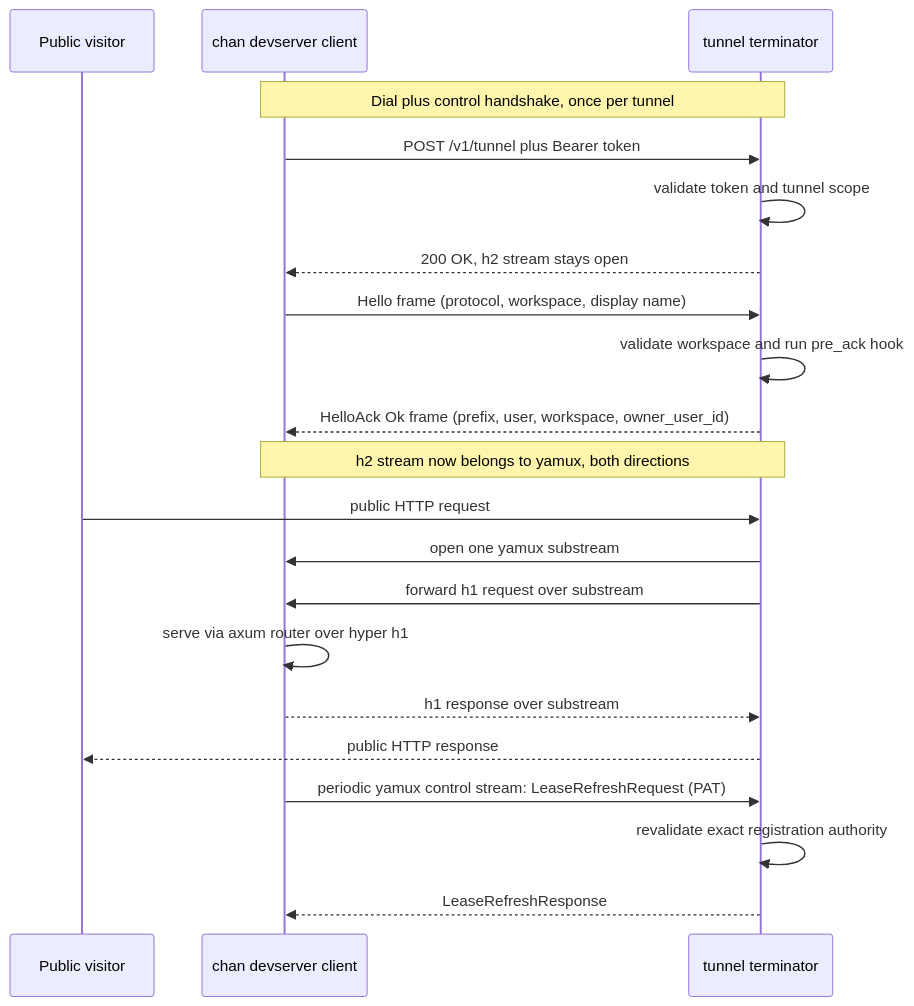
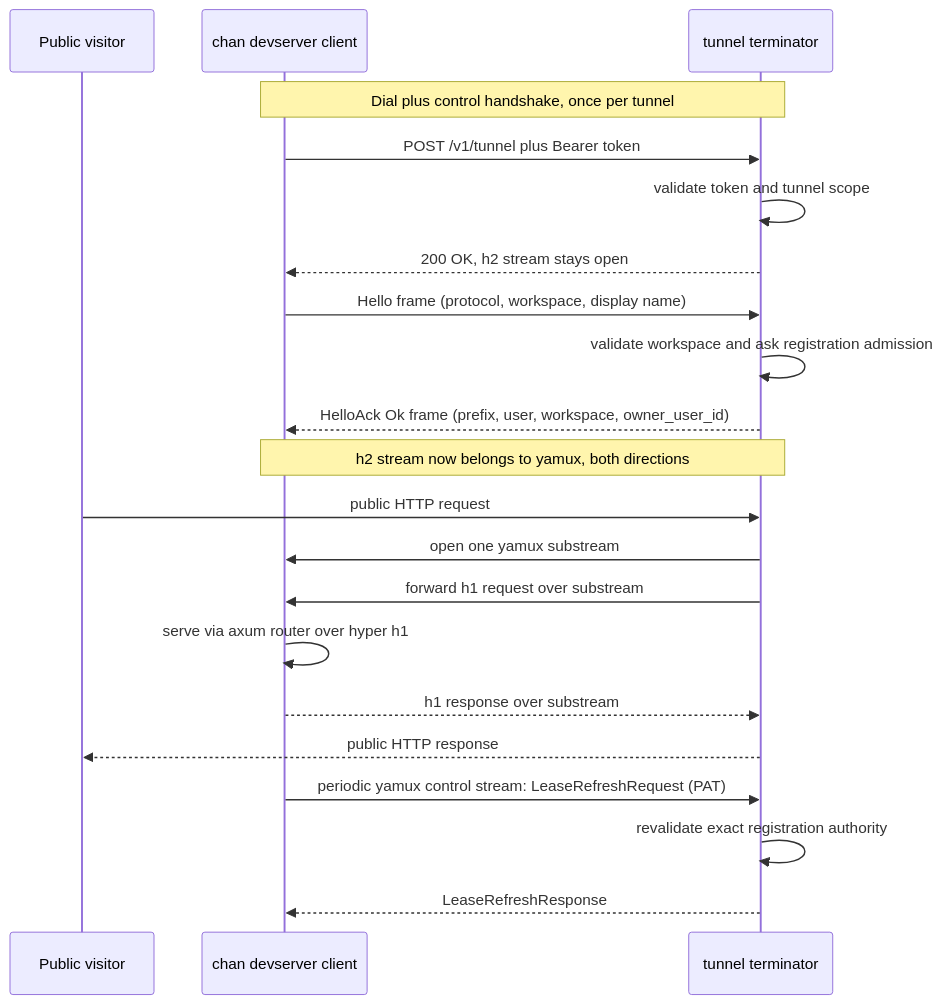
Before and after one commit to fiorix/chan: the diagram in crates/chan-tunnel-proto/design.md, drawn with Mermaid. The commit also changed 1 other file, not shown here.

Commit message:
docs(chan-tunnel-server): name the handshake failures answered in-band
The doc on handshake_validated_with_admission said everything after
the 200 is refused in-band with a HelloAck::Refused frame. Only a bad
protocol, a bad workspace name and an admission refusal write that
frame; an unsafe username, a missing or malformed Hello and a failed
ack write return a ServerError and end the stream with no frame. The
sentence now says which is which, in the crate design.md's terms.

The chan-tunnel-proto sequence diagram labelled the same step as
running a pre_ack hook, which nothing in the tree defines; the server
asks the registration admission there. No code change.

````diff
--- a/crates/chan-tunnel-proto/design.md
+++ b/crates/chan-tunnel-proto/design.md
@@ -9,23 +9,23 @@
 ```mermaid
 sequenceDiagram
     participant V as Public visitor
     participant C as chan devserver client
     participant S as tunnel terminator
     Note over C,S: Dial plus control handshake, once per tunnel
     C->>S: POST /v1/tunnel plus Bearer token
     S->>S: validate token and tunnel scope
     S-->>C: 200 OK, h2 stream stays open
     C->>S: Hello frame (protocol, workspace, display name)
-    S->>S: validate workspace and run pre_ack hook
+    S->>S: validate workspace and ask registration admission
     S-->>C: HelloAck Ok frame (prefix, user, workspace, owner_user_id)
     Note over C,S: h2 stream now belongs to yamux, both directions
     V->>S: public HTTP request
     S->>C: open one yamux substream
     S->>C: forward h1 request over substream
     C->>C: serve via axum router over hyper h1
     C-->>S: h1 response over substream
     S-->>V: public HTTP response
     C->>S: periodic yamux control stream: LeaseRefreshRequest (PAT)
     S->>S: revalidate exact registration authority
     S-->>C: LeaseRefreshResponse
 ```
````
